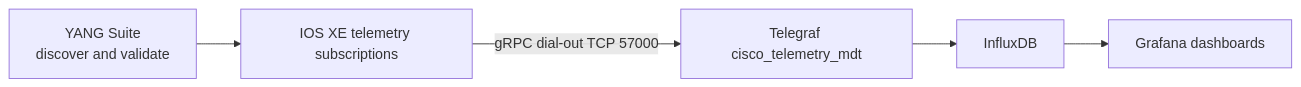
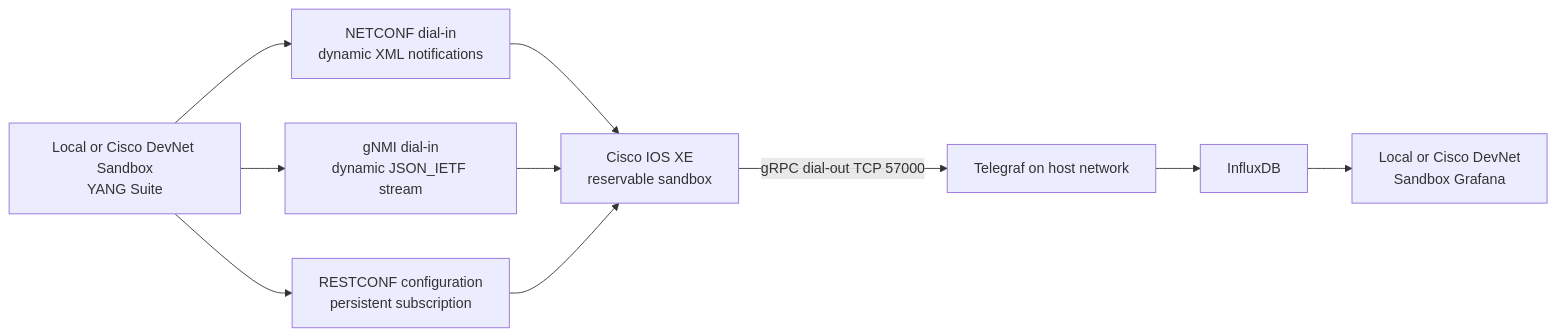
One commit to tanthanh85/CCNPAUTO changed the diagram in LAB/Lab12/Lab12.md. Above: the diagram before and after it, drawn with Mermaid. The commit also changed other lines of this file and 32 other files, not shown here.

````diff
--- a/LAB/Lab12/Lab12.md
+++ b/LAB/Lab12/Lab12.md
@@ -22,7 +22,12 @@
 ```mermaid
 flowchart LR
-    Y["YANG Suite<br/>discover and validate"] --> R["IOS XE telemetry subscriptions"]
-    R -->|"gRPC dial-out TCP 57000"| T["Telegraf cisco_telemetry_mdt"]
+    Y["Local or Cisco DevNet Sandbox<br/>YANG Suite"] --> N["NETCONF dial-in<br/>dynamic XML notifications"]
+    Y --> G["gNMI dial-in<br/>dynamic JSON_IETF stream"]
+    Y --> R["RESTCONF configuration<br/>persistent subscription"]
+    N --> XE["Cisco IOS XE<br/>reservable sandbox"]
+    G --> XE
+    R --> XE
+    XE -->|"gRPC dial-out TCP 57000"| T["Telegraf on host network"]
     T --> I["InfluxDB"]
-    I --> G["Grafana dashboards"]
+    I --> F["Local or Cisco DevNet<br/>Sandbox Grafana"]
 ```
````
